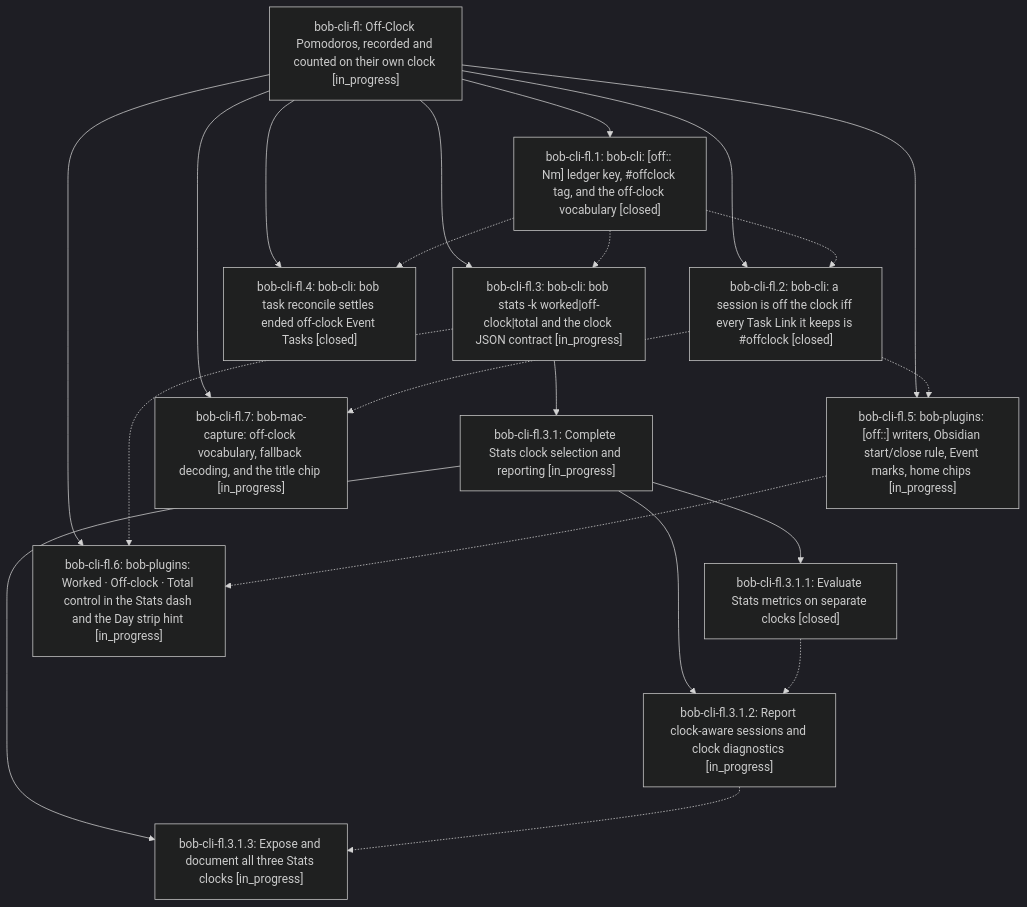
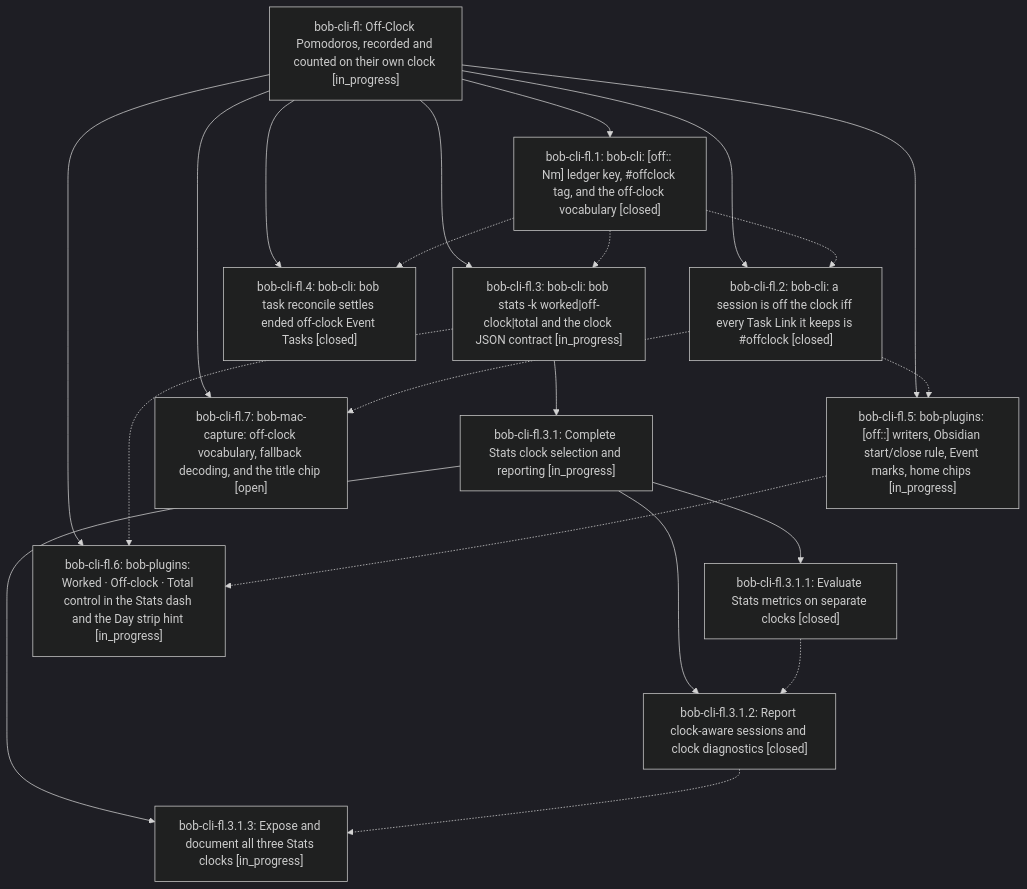
One commit to bobs-org/bob-cli--beads changed the diagram in pages/bob-cli-fl/README.md. Above: the diagram before and after it, drawn with Mermaid (dark theme). The commit also changed other lines of this file and 5 other files, not shown here.

First line of the commit message:
chore(beads): sync bead state and pages for bob-cli-fl

````diff
--- a/pages/bob-cli-fl/README.md
+++ b/pages/bob-cli-fl/README.md
@@ -42,35 +42,35 @@
 ```mermaid
 flowchart TD
     n0["bob-cli-fl: Off-Clock Pomodoros, recorded and counted on their own clock [in_progress]"]
     n1["bob-cli-fl.1: bob-cli: [off:: Nm] ledger key, #offclock tag, and the off-clock vocabulary [closed]"]
     n2["bob-cli-fl.2: bob-cli: a session is off the clock iff every Task Link it keeps is #offclock [closed]"]
     n3["bob-cli-fl.3: bob-cli: bob stats -k worked|off-clock|total and the clock JSON contract [in_progress]"]
     n4["bob-cli-fl.3.1: Complete Stats clock selection and reporting [in_progress]"]
     n5["bob-cli-fl.3.1.1: Evaluate Stats metrics on separate clocks [closed]"]
-    n6["bob-cli-fl.3.1.2: Report clock-aware sessions and clock diagnostics [in_progress]"]
+    n6["bob-cli-fl.3.1.2: Report clock-aware sessions and clock diagnostics [closed]"]
     n7["bob-cli-fl.3.1.3: Expose and document all three Stats clocks [in_progress]"]
     n8["bob-cli-fl.4: bob-cli: bob task reconcile settles ended off-clock Event Tasks [closed]"]
     n9["bob-cli-fl.5: bob-plugins: [off::] writers, Obsidian start/close rule, Event marks, home chips [in_progress]"]
     n10["bob-cli-fl.6: bob-plugins: Worked · Off-clock · Total control in the Stats dash and the Day strip hint [in_progress]"]
-    n11["bob-cli-fl.7: bob-mac-capture: off-clock vocabulary, fallback decoding, and the title chip [in_progress]"]
+    n11["bob-cli-fl.7: bob-mac-capture: off-clock vocabulary, fallback decoding, and the title chip [open]"]
     n0 --> n1
     n0 --> n2
     n0 --> n3
     n3 --> n4
     n4 --> n5
     n4 --> n6
     n4 --> n7
     n0 --> n8
     n0 --> n9
     n0 --> n10
     n0 --> n11
     n1 -.-> n2
     n1 -.-> n3
     n1 -.-> n8
     n2 -.-> n9
     n2 -.-> n11
     n3 -.-> n10
     n5 -.-> n6
     n6 -.-> n7
     n9 -.-> n10
 ```
````
